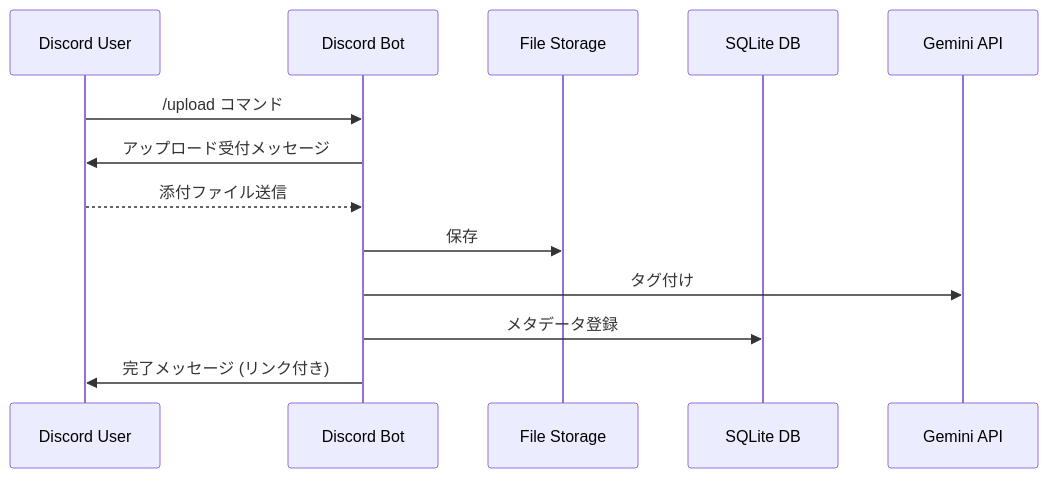
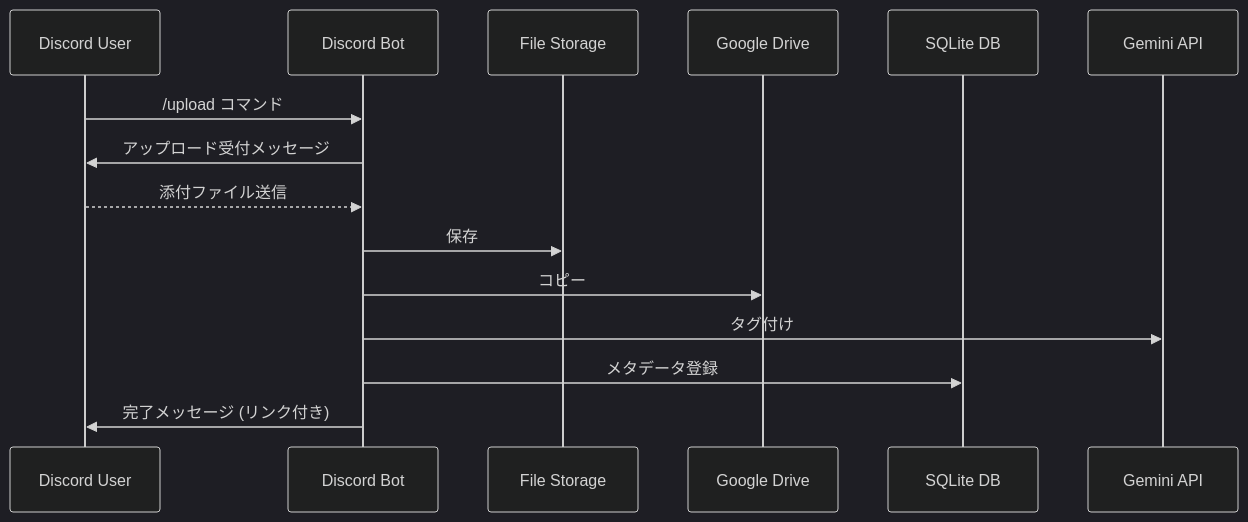
One commit to 5h1gerun/web_discord_server changed the diagram in docs/sequence_discord.mmd. Above: the diagram before and after it, drawn with Mermaid. The commit also changed 2 other files, not shown here.

Commit message:
Improve mermaid diagram readability in dark mode

```diff
--- a/docs/sequence_discord.mmd
+++ b/docs/sequence_discord.mmd
@@ -1,15 +1,18 @@
+%%{init: {'theme': 'dark'}}%%
 %% Discord 上でのシーケンス図
 sequenceDiagram
     participant User as Discord User
     participant Bot as Discord Bot
     participant Files as File Storage
+    participant Drive as Google Drive
     participant DB as SQLite DB
     participant Gemini as Gemini API
 
     User->>Bot: /upload コマンド
     Bot->>User: アップロード受付メッセージ
     User-->>Bot: 添付ファイル送信
     Bot->>Files: 保存
+    Bot->>Drive: コピー
     Bot->>Gemini: タグ付け
     Bot->>DB: メタデータ登録
     Bot->>User: 完了メッセージ (リンク付き)
```
